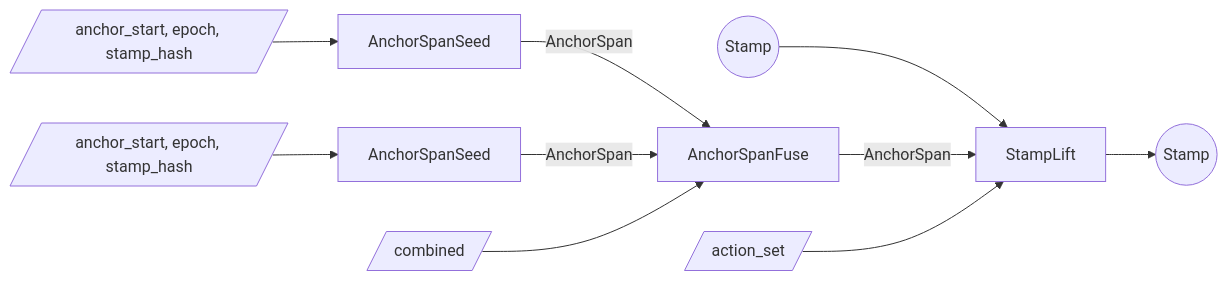
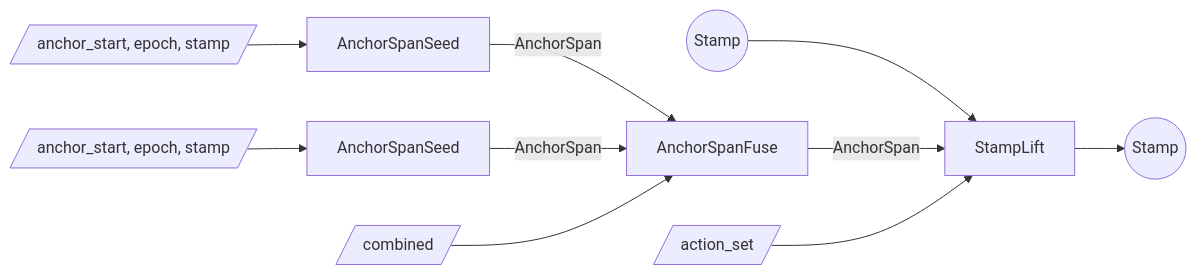
Before and after one commit to tachyon-zcash/tachyon: the second of 3 diagrams in book/src/proof-tree.md, drawn with Mermaid. The commit also changed other lines of this file and 5 other files, not shown here.

````diff
--- a/book/src/proof-tree.md
+++ b/book/src/proof-tree.md
@@ -511,23 +530,23 @@
 ```mermaid
 flowchart LR
   sh_in((Stamp))
-  w_span[/anchor_start, epoch, stamp_hash/]
+  w_span[/anchor_start, epoch, stamp/]
   s_span[AnchorSpanSeed]
-  w_next[/anchor_start, epoch, stamp_hash/]
+  w_next[/anchor_start, epoch, stamp/]
   s_next[AnchorSpanSeed]
   w_spanfuse[/combined/]
   s_spanfuse[AnchorSpanFuse]
   w_lift[/action_set/]
   s_lift[StampLift]
   sh_out((Stamp))
 
   w_span --> s_span
   w_next --> s_next
   s_span -->|AnchorSpan| s_spanfuse
   s_next -->|AnchorSpan| s_spanfuse
   w_spanfuse --> s_spanfuse
   sh_in --> s_lift
   s_spanfuse -->|AnchorSpan| s_lift
   w_lift --> s_lift
   s_lift --> sh_out
 ```
````
